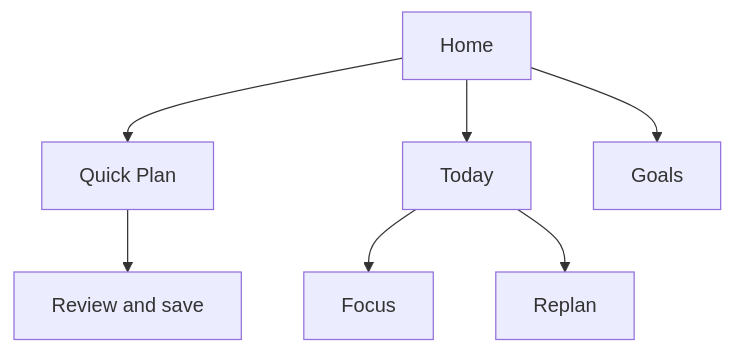
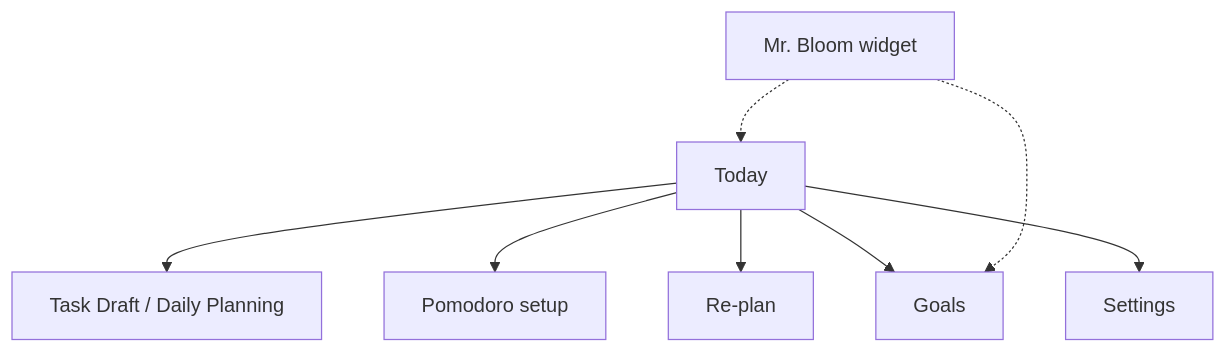
The first of 5 diagrams in docs/05-ui-ux/ui-ux-design.md (Plaminh/Blooming), drawn with Mermaid before and after one commit. The commit also changed other lines of this file and 30 other files, not shown here.

````diff
--- a/docs/05-ui-ux/ui-ux-design.md
+++ b/docs/05-ui-ux/ui-ux-design.md
@@ -27,9 +31,10 @@
 ```mermaid
 flowchart TD
-    Home --> QuickPlan["Quick Plan"]
-    Home --> Today["Today"]
-    Home --> Goals["Goals"]
-    Today --> Focus
-    Today --> Replan
-    QuickPlan --> Review["Review and save"]
+    Today --> DailyPlanning["Task Draft / Daily Planning"]
+    Today --> Focus["Pomodoro setup"]
+    Today --> Replan["Re-plan"]
+    Today --> Goals
+    Today --> Settings
+    Widget["Mr. Bloom widget"] -.-> Today
+    Widget -.-> Goals
 ```
````
